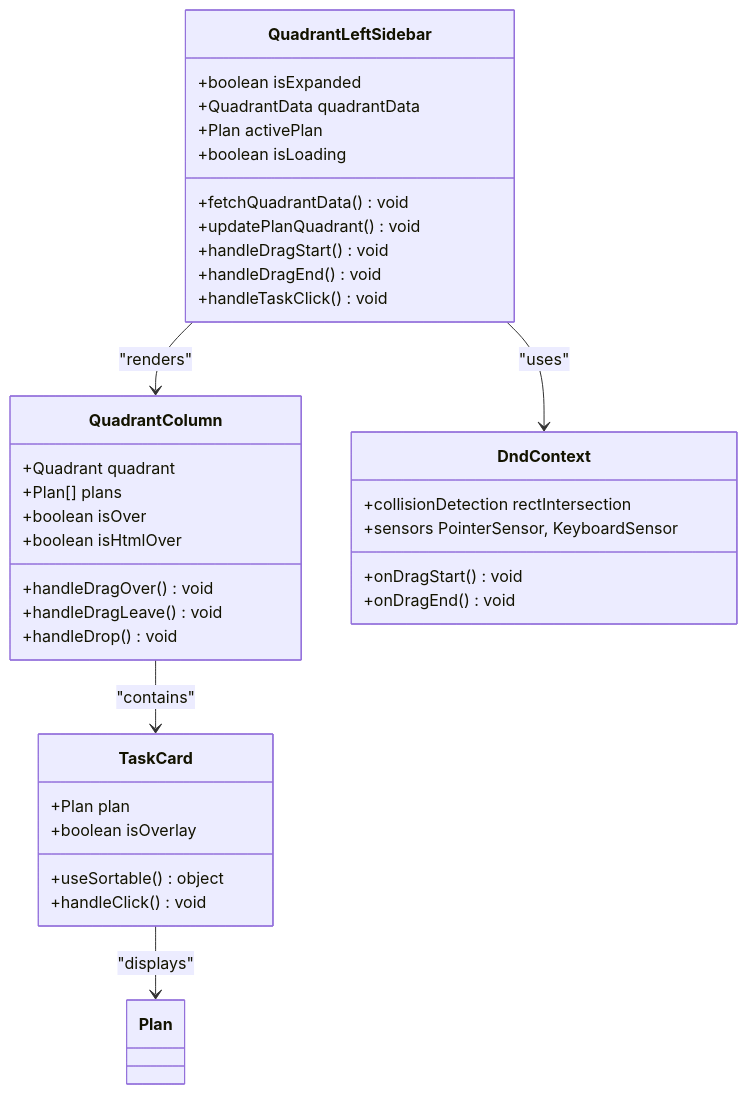
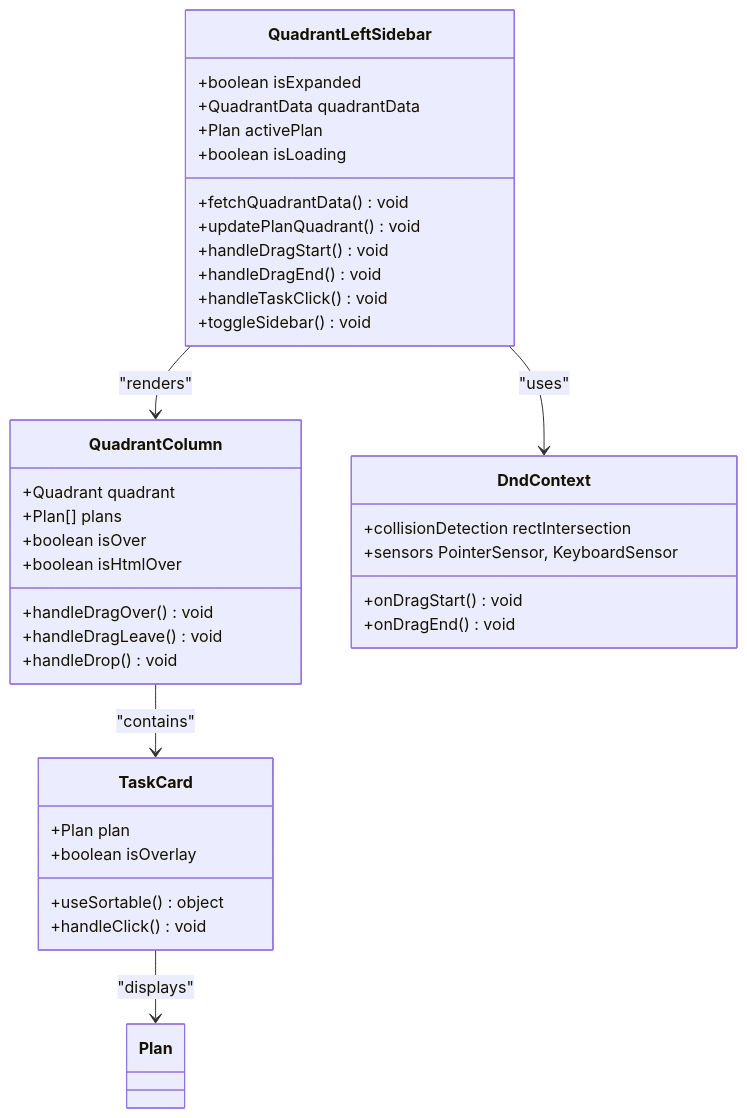
Before and after one commit to peixuanhu/goal-mate: the sixth of 15 diagrams in .qoder/repowiki/en/content/Frontend Architecture/Main Layout System.md, drawn with Mermaid. The commit also changed other lines of this file and 14 other files, not shown here.

````diff
--- a/.qoder/repowiki/en/content/Frontend Architecture/Main Layout System.md
+++ b/.qoder/repowiki/en/content/Frontend Architecture/Main Layout System.md
@@ -260,39 +274,40 @@
 ```mermaid
 classDiagram
 class QuadrantLeftSidebar {
 +boolean isExpanded
 +QuadrantData quadrantData
 +Plan activePlan
 +boolean isLoading
 +fetchQuadrantData() void
 +updatePlanQuadrant() void
 +handleDragStart() void
 +handleDragEnd() void
 +handleTaskClick() void
++toggleSidebar() void
 }
 class QuadrantColumn {
 +Quadrant quadrant
 +Plan[] plans
 +boolean isOver
 +boolean isHtmlOver
 +handleDragOver() void
 +handleDragLeave() void
 +handleDrop() void
 }
 class TaskCard {
 +Plan plan
 +boolean isOverlay
 +useSortable() object
 +handleClick() void
 }
 class DndContext {
 +collisionDetection rectIntersection
 +sensors PointerSensor, KeyboardSensor
 +onDragStart() void
 +onDragEnd() void
 }
 QuadrantLeftSidebar --> QuadrantColumn : "renders"
 QuadrantColumn --> TaskCard : "contains"
 TaskCard --> Plan : "displays"
 QuadrantLeftSidebar --> DndContext : "uses"
 ```
````
